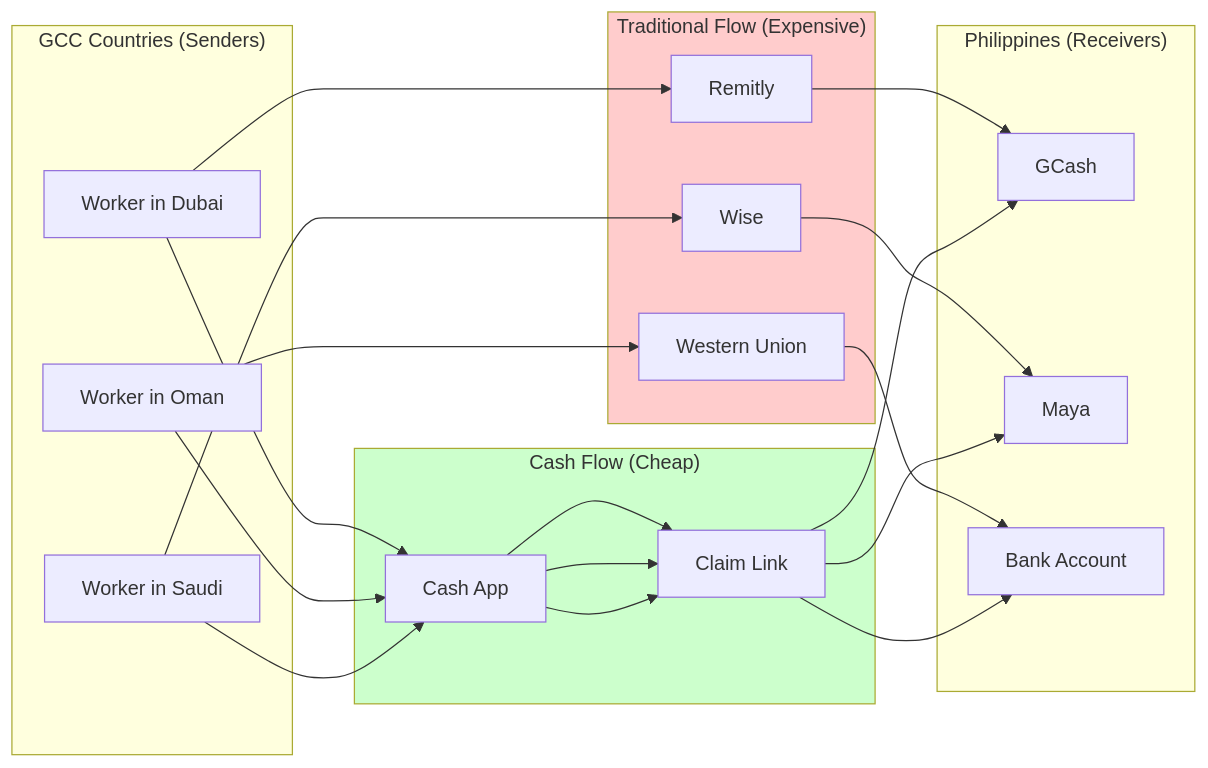
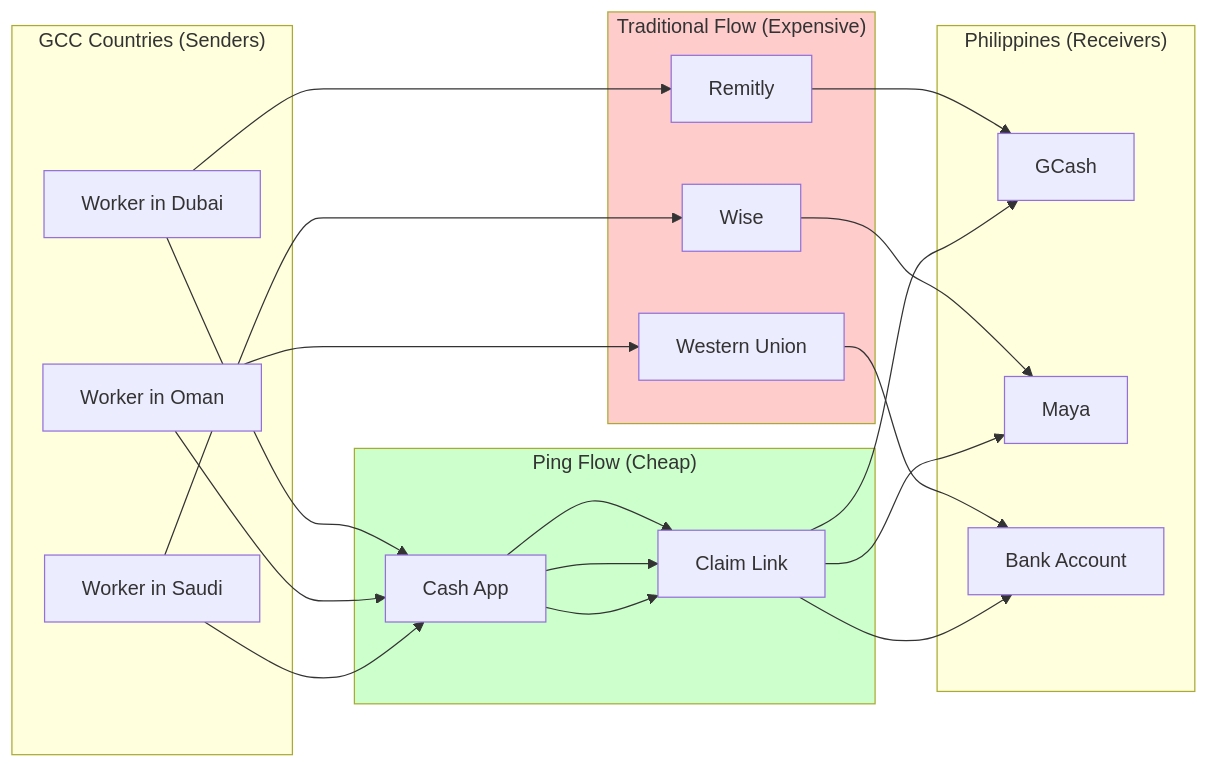
The first of 4 diagrams in docs/COMPETITORS.md (ping-cash/ping-cash), drawn with Mermaid before and after one commit. The commit also changed other lines of this file and 38 other files, not shown here.

First line of the commit message:
chore: rebrand Cash → Ping; migrate to ping-cash/ping-cash

````diff
--- a/docs/COMPETITORS.md
+++ b/docs/COMPETITORS.md
@@ -15,36 +15,36 @@
 ```mermaid
 flowchart LR
     subgraph GCC["GCC Countries (Senders)"]
         W1[Worker in Dubai]
         W2[Worker in Oman]
         W3[Worker in Saudi]
     end
 
     subgraph Traditional["Traditional Flow (Expensive)"]
         R1[Remitly]
         R2[Western Union]
         R3[Wise]
     end
 
-    subgraph Cash["Cash Flow (Cheap)"]
+    subgraph Ping["Ping Flow (Cheap)"]
         C1[Cash App]
         C2[Claim Link]
     end
 
     subgraph PH["Philippines (Receivers)"]
         G1[GCash]
         M1[Maya]
         B1[Bank Account]
     end
 
     W1 --> R1 --> G1
     W2 --> R2 --> B1
     W3 --> R3 --> M1
 
     W1 --> C1 --> C2 --> G1
     W2 --> C1 --> C2 --> M1
     W3 --> C1 --> C2 --> B1
 
     style Traditional fill:#ffcccc
-    style Cash fill:#ccffcc
+    style Ping fill:#ccffcc
 ```
````
